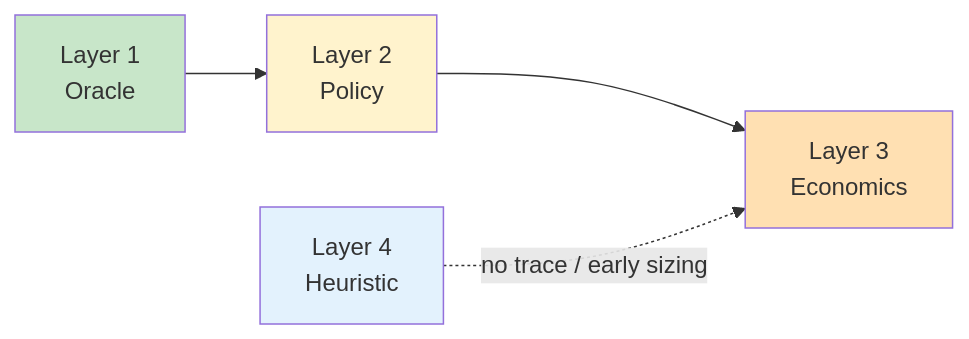
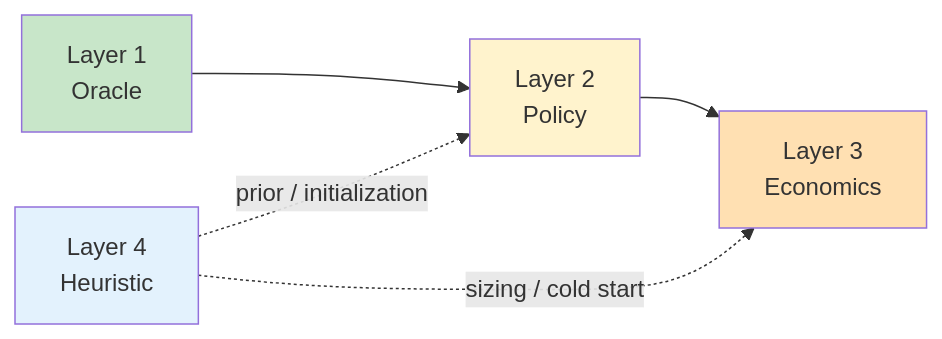
Before and after one commit to openanolis/kvcache-calculator: the first of 6 diagrams in docs/four_layer_model.md, drawn with Mermaid. The commit also changed other lines of this file and 1 other file, not shown here.

Commit message:
docs: finalize external four-layer framework

````diff
--- a/docs/four_layer_model.md
+++ b/docs/four_layer_model.md
@@ -20,11 +19,12 @@
 ```mermaid
 flowchart LR
     A["Layer 1\nOracle"] --> B["Layer 2\nPolicy"]
     B --> C["Layer 3\nEconomics"]
-    D["Layer 4\nHeuristic"] -. no trace / early sizing .-> C
+    D["Layer 4\nHeuristic"] -. sizing / cold start .-> C
+    D -. prior / initialization .-> B
 
     style A fill:#c8e6c9
     style B fill:#fff3cd
     style C fill:#ffe0b2
     style D fill:#e3f2fd
 ```
````
